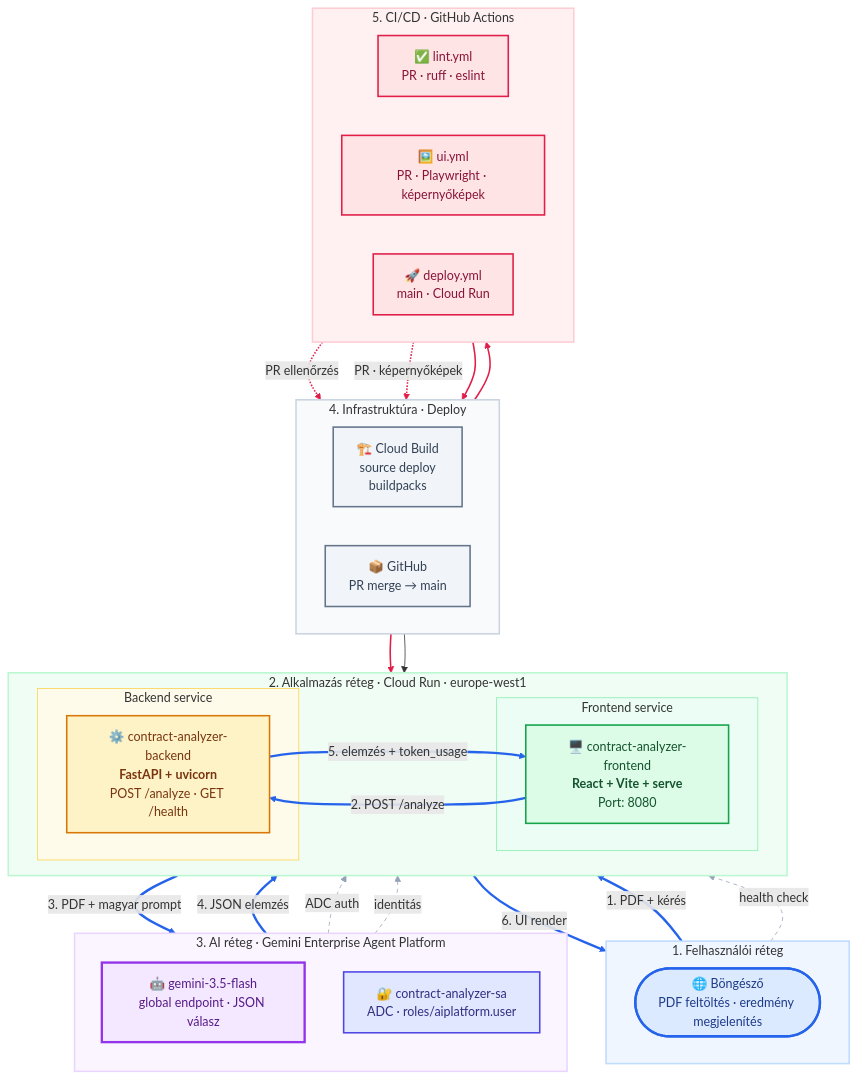
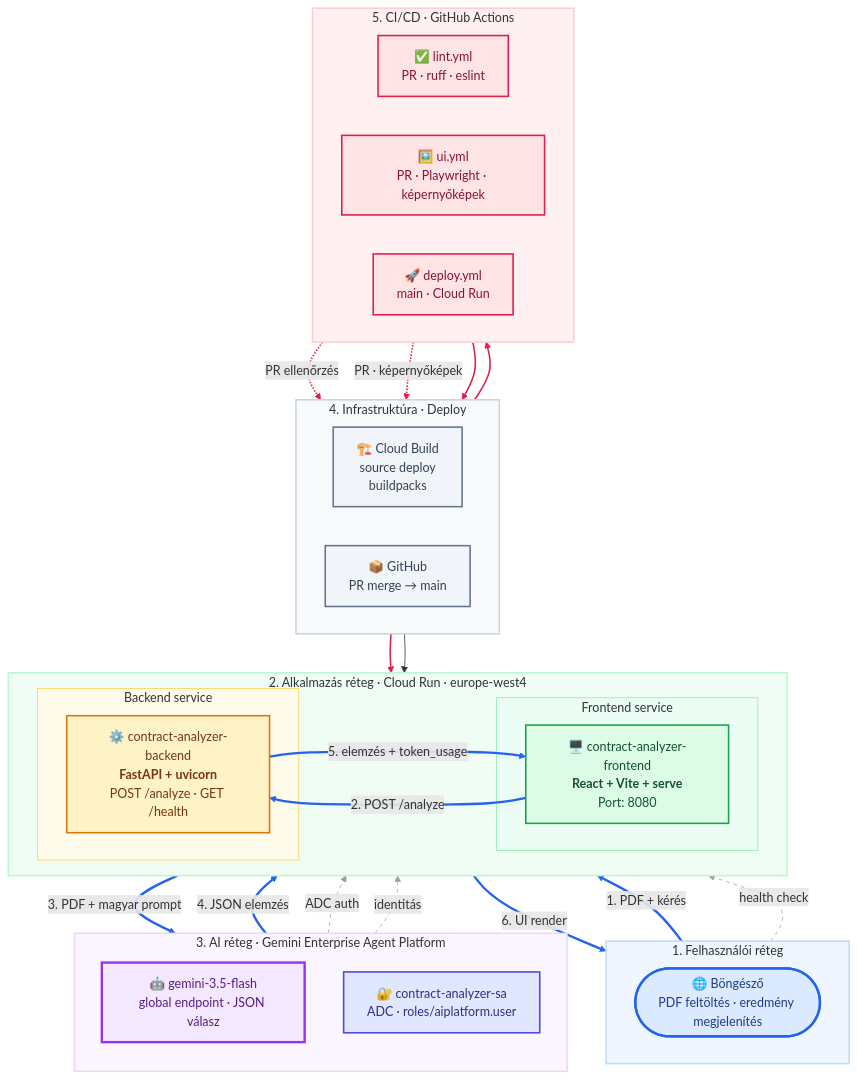
The second of 6 diagrams in README.md (cloudsteak/trn-gcp-ai-contract-analyzer), drawn with Mermaid before and after one commit. The commit also changed other lines of this file and 17 other files, not shown here.

````diff
--- a/README.md
+++ b/README.md
@@ -281,82 +283,82 @@
 ```mermaid
 flowchart TB
     subgraph L1["1. Felhasználói réteg"]
         direction LR
         Browser(["🌐 Böngésző<br/>PDF feltöltés · eredmény megjelenítés"])
     end
 
-    subgraph L2["2. Alkalmazás réteg · Cloud Run · europe-west1"]
+    subgraph L2["2. Alkalmazás réteg · Cloud Run · europe-west4"]
         direction LR
         subgraph CR_FE["Frontend service"]
             FE["🖥️ contract-analyzer-frontend<br/><b>React + Vite + serve</b><br/>Port: 8080"]
         end
         subgraph CR_BE["Backend service"]
             BE["⚙️ contract-analyzer-backend<br/><b>FastAPI + uvicorn</b><br/>POST /analyze · GET /health"]
         end
     end
 
     subgraph L3["3. AI réteg · Gemini Enterprise Agent Platform"]
         direction TB
         GEAP["🤖 gemini-3.5-flash<br/>global endpoint · JSON válasz"]
         SA["🔐 contract-analyzer-sa<br/>ADC · roles/aiplatform.user"]
     end
 
     subgraph L4["4. Infrastruktúra · Deploy"]
         direction LR
         CB["🏗️ Cloud Build<br/>source deploy<br/>buildpacks"]
         GH["📦 GitHub<br/>PR merge → main"]
     end
 
     subgraph L5["5. CI/CD · GitHub Actions"]
         direction LR
         Lint["✅ lint.yml<br/>PR · ruff · eslint"]
         UI["🖼️ ui.yml<br/>PR · Playwright · képernyőképek"]
         Deploy["🚀 deploy.yml<br/>main · Cloud Run"]
     end
 
     Browser ==>|"1. PDF + kérés"| FE
     FE ==>|"2. POST /analyze"| BE
     BE ==>|"3. PDF + magyar prompt"| GEAP
     GEAP ==>|"4. JSON elemzés"| BE
     BE ==>|"5. elemzés + token_usage"| FE
     FE ==>|"6. UI render"| Browser
 
     Browser -.->|"health check"| BE
     SA -.->|"ADC auth"| BE
     SA -.->|"identitás"| FE
 
     GH --> Deploy
     Lint -.->|"PR ellenőrzés"| GH
     UI -.->|"PR · képernyőképek"| GH
     Deploy --> CB
     CB --> FE
     CB --> BE
 
     classDef client fill:#DBEAFE,stroke:#2563EB,stroke-width:3px,color:#1E3A8A,rx:12,ry:12
     classDef frontend fill:#DCFCE7,stroke:#16A34A,stroke-width:2px,color:#14532D
     classDef backend fill:#FEF3C7,stroke:#D97706,stroke-width:2px,color:#78350F
     classDef ai fill:#F3E8FF,stroke:#9333EA,stroke-width:3px,color:#581C87
     classDef security fill:#E0E7FF,stroke:#4F46E5,stroke-width:2px,color:#312E81
     classDef infra fill:#F1F5F9,stroke:#64748B,stroke-width:2px,color:#334155
     classDef cicd fill:#FFE4E6,stroke:#E11D48,stroke-width:2px,color:#881337
 
     class Browser client
     class FE frontend
     class BE backend
     class GEAP ai
     class SA security
     class CB,GH infra
     class Lint,Deploy,UI cicd
 
     linkStyle 0,1,2,3,4,5 stroke:#2563EB,stroke-width:3px
     linkStyle 6,7,8 stroke:#94A3B8,stroke-width:1px,stroke-dasharray:5
     linkStyle 9,10,11,12,13 stroke:#E11D48,stroke-width:2px
 
     style L1 fill:#EFF6FF,stroke:#BFDBFE,stroke-width:2px
     style L2 fill:#F0FDF4,stroke:#BBF7D0,stroke-width:2px
     style L3 fill:#FAF5FF,stroke:#E9D5FF,stroke-width:2px
     style L4 fill:#F8FAFC,stroke:#CBD5E1,stroke-width:2px
     style L5 fill:#FFF1F2,stroke:#FECDD3,stroke-width:2px
     style CR_FE fill:#ECFDF5,stroke:#86EFAC,stroke-width:1px
     style CR_BE fill:#FFFBEB,stroke:#FCD34D,stroke-width:1px
 ```
````
